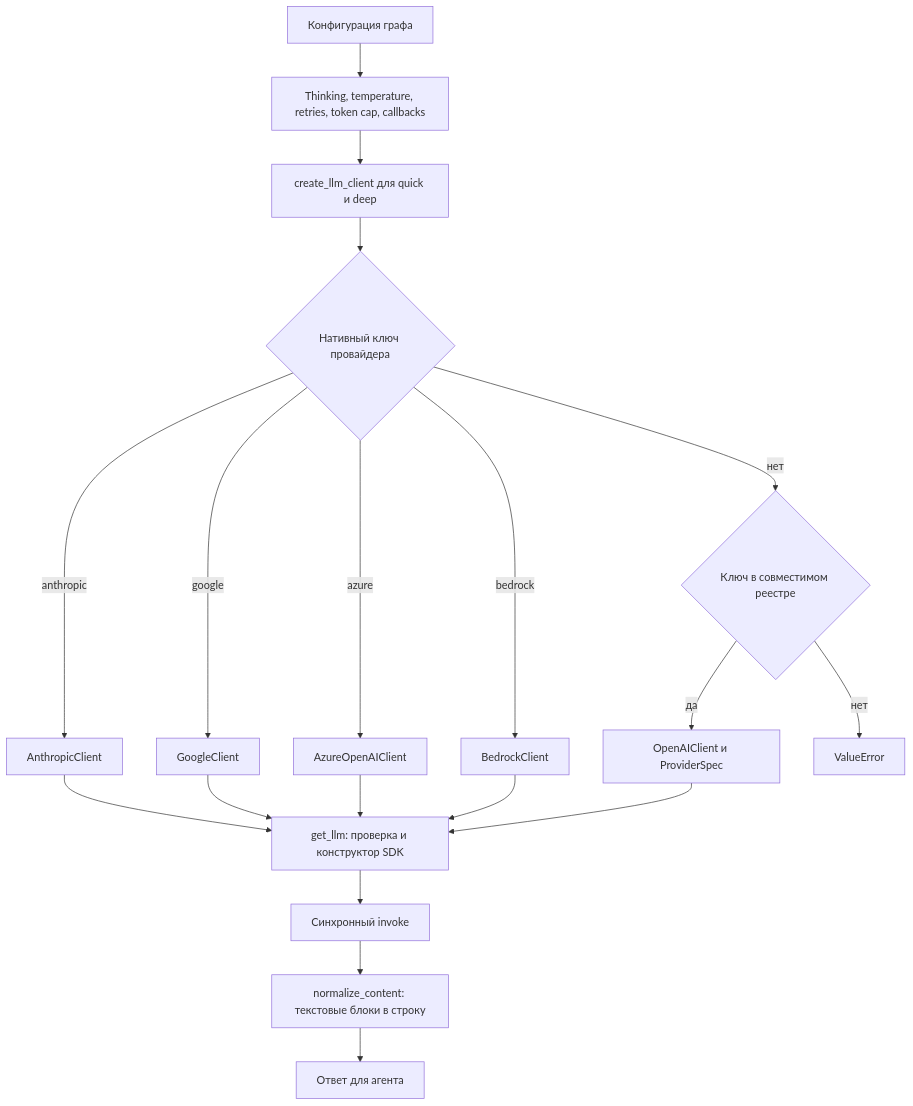
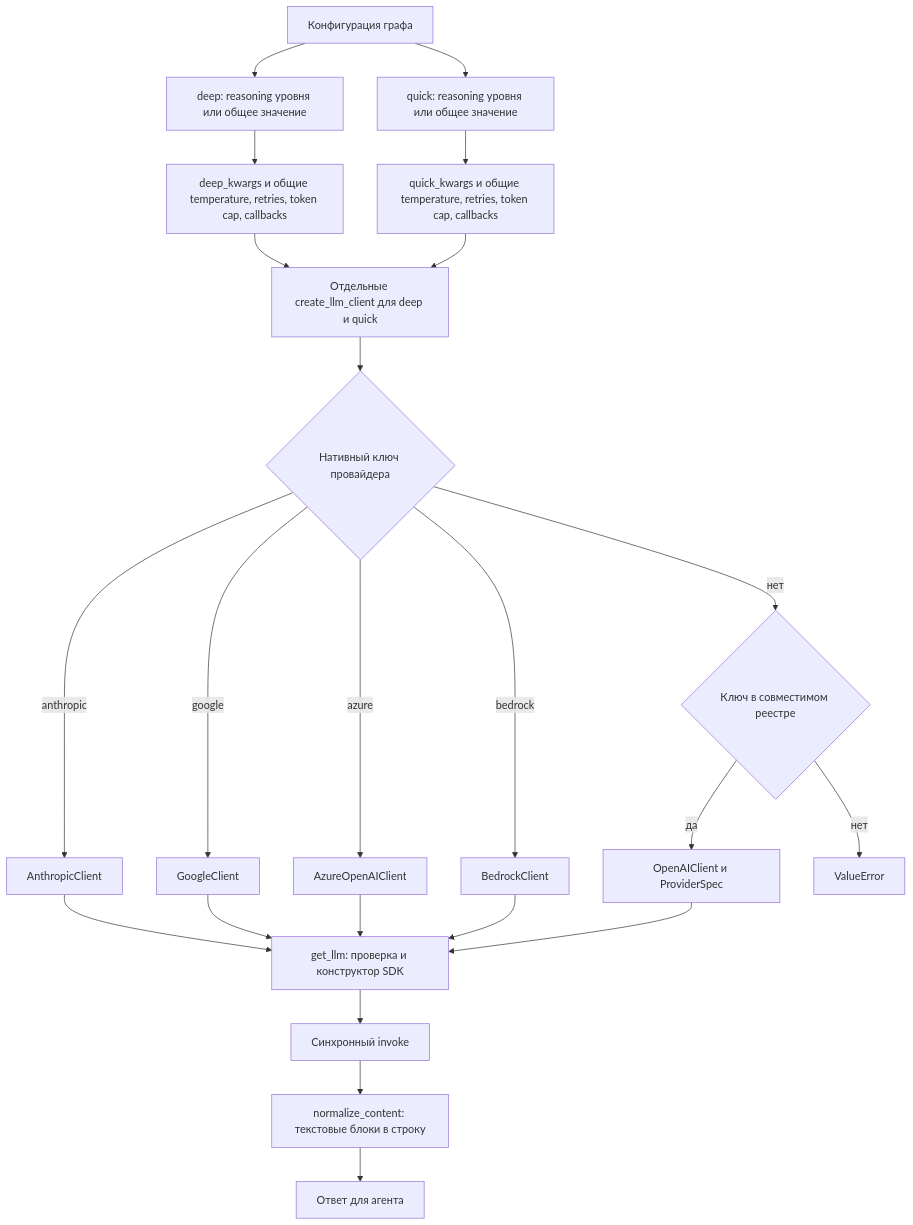
The first of 2 diagrams in openwiki/integrations/llm-providers.md (m407/TradingAgents), drawn with Mermaid before and after one commit. The commit also changed other lines of this file and 22 other files, not shown here.

````diff
--- a/openwiki/integrations/llm-providers.md
+++ b/openwiki/integrations/llm-providers.md
@@ -94,21 +96,25 @@
 ```mermaid
 flowchart TD
-    Config["Конфигурация графа"] --> Kwargs["Thinking, temperature, retries, token cap, callbacks"]
-    Kwargs --> Factory["create_llm_client для quick и deep"]
+    Config["Конфигурация графа"] --> DeepKwargs["deep: reasoning уровня или общее значение"]
+    Config --> QuickKwargs["quick: reasoning уровня или общее значение"]
+    DeepKwargs --> DeepCall["deep_kwargs и общие temperature, retries, token cap, callbacks"]
+    QuickKwargs --> QuickCall["quick_kwargs и общие temperature, retries, token cap, callbacks"]
+    DeepCall --> Factory["Отдельные create_llm_client для deep и quick"]
+    QuickCall --> Factory
     Factory --> Native{"Нативный ключ провайдера"}
     Native -->|anthropic| Anthropic["AnthropicClient"]
     Native -->|google| Google["GoogleClient"]
     Native -->|azure| Azure["AzureOpenAIClient"]
     Native -->|bedrock| Bedrock["BedrockClient"]
     Native -->|нет| Registry{"Ключ в совместимом реестре"}
     Registry -->|да| OpenAI["OpenAIClient и ProviderSpec"]
     Registry -->|нет| Error["ValueError"]
     Anthropic --> LLM["get_llm: проверка и конструктор SDK"]
     Google --> LLM
     Azure --> LLM
     Bedrock --> LLM
     OpenAI --> LLM
     LLM --> Invoke["Синхронный invoke"]
     Invoke --> Normalize["normalize_content: текстовые блоки в строку"]
     Normalize --> Agent["Ответ для агента"]
 ```
````
